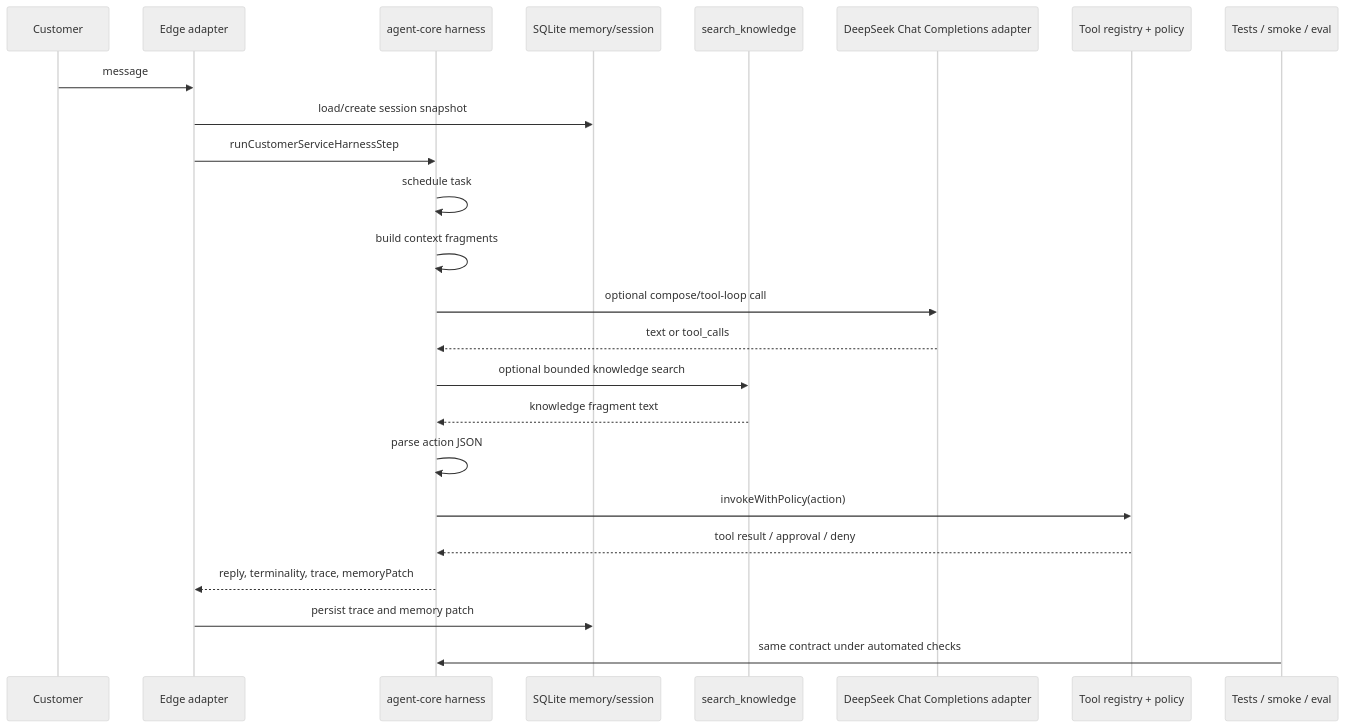
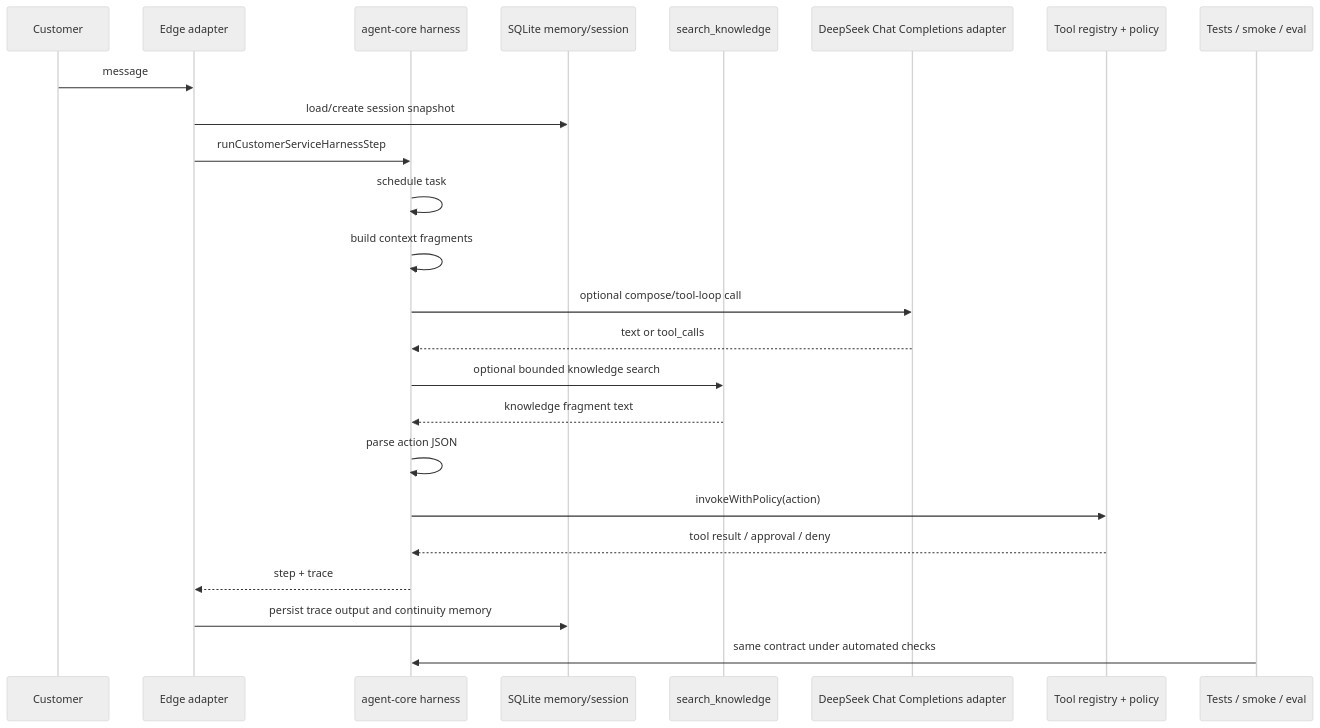
The first of 6 diagrams in docs/current-architecture.md (ImWenyaoT/chatty), drawn with Mermaid (neutral theme) before and after one commit. The commit also changed other lines of this file and 4 other files, not shown here.

Commit message:
docs: clarify harness trace contract

````diff
--- a/docs/current-architecture.md
+++ b/docs/current-architecture.md
@@ -79,27 +80,27 @@
 ```mermaid
 sequenceDiagram
   participant User as Customer
   participant Adapter as Edge adapter
   participant Harness as agent-core harness
   participant Memory as SQLite memory/session
   participant Search as search_knowledge
   participant LLM as DeepSeek Chat Completions adapter
   participant Tools as Tool registry + policy
   participant Eval as Tests / smoke / eval
 
   User->>Adapter: message
   Adapter->>Memory: load/create session snapshot
   Adapter->>Harness: runCustomerServiceHarnessStep
   Harness->>Harness: schedule task
   Harness->>Harness: build context fragments
   Harness->>LLM: optional compose/tool-loop call
   LLM-->>Harness: text or tool_calls
   Harness->>Search: optional bounded knowledge search
   Search-->>Harness: knowledge fragment text
   Harness->>Harness: parse action JSON
   Harness->>Tools: invokeWithPolicy(action)
   Tools-->>Harness: tool result / approval / deny
-  Harness-->>Adapter: reply, terminality, trace, memoryPatch
-  Adapter->>Memory: persist trace and memory patch
+  Harness-->>Adapter: step + trace
+  Adapter->>Memory: persist trace output and continuity memory
   Eval->>Harness: same contract under automated checks
 ```
````
